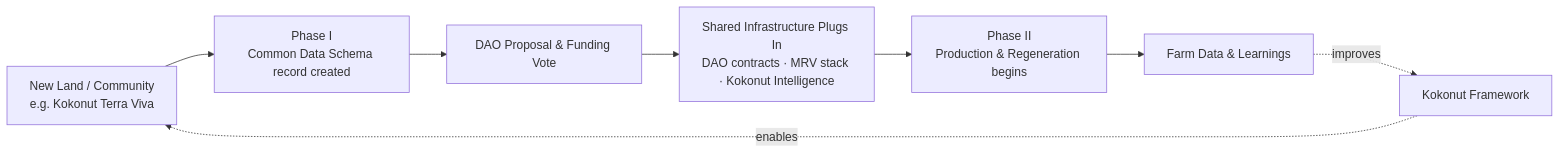
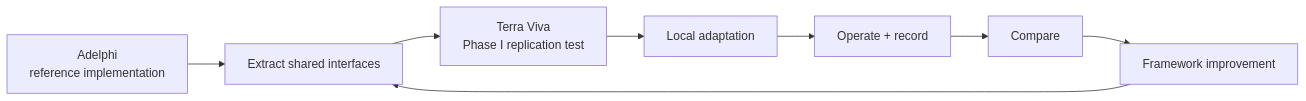
One commit to wasalo/Kokonut-Public-Site changed the third of 4 diagrams in playbooks/regenerative-finance/case-studies.mdx. Above: the diagram before and after it, drawn with Mermaid. The commit also changed other lines of this file, not shown here.

Commit message:
docs(builders): rebuild ReFi case studies around evidence and replication

````diff
--- a/playbooks/regenerative-finance/case-studies.mdx
+++ b/playbooks/regenerative-finance/case-studies.mdx
@@ -72,10 +535,18 @@
 ```mermaid
 flowchart LR
-    A["New Land / Community<br/>e.g. Kokonut Terra Viva"] --> B["Phase I<br/>Common Data Schema record created"]
-    B --> C["DAO Proposal & Funding Vote"]
-    C --> D["Shared Infrastructure Plugs In<br/>DAO contracts · MRV stack · Kokonut Intelligence"]
-    D --> E["Phase II<br/>Production & Regeneration begins"]
-    E --> F["Farm Data & Learnings"]
-    F -.improves.-> G["Kokonut Framework"]
-    G -.enables.-> A
+    A["Adelphi\nreference implementation"]
+    B["Extract shared interfaces"]
+    C["Terra Viva\nPhase I replication test"]
+    D["Local adaptation"]
+    E["Operate + record"]
+    F["Compare"]
+    G["Framework improvement"]
+
+    A --> B
+    B --> C
+    C --> D
+    D --> E
+    E --> F
+    F --> G
+    G --> B
 ```
````
